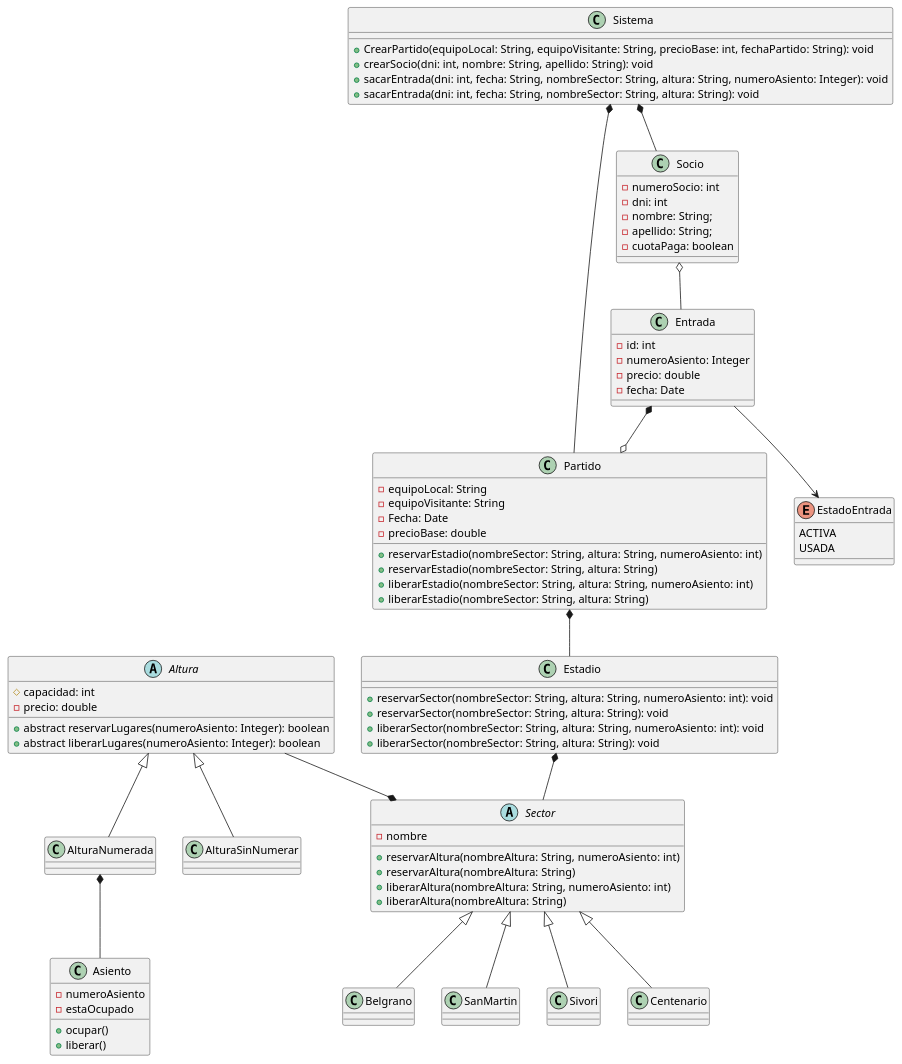
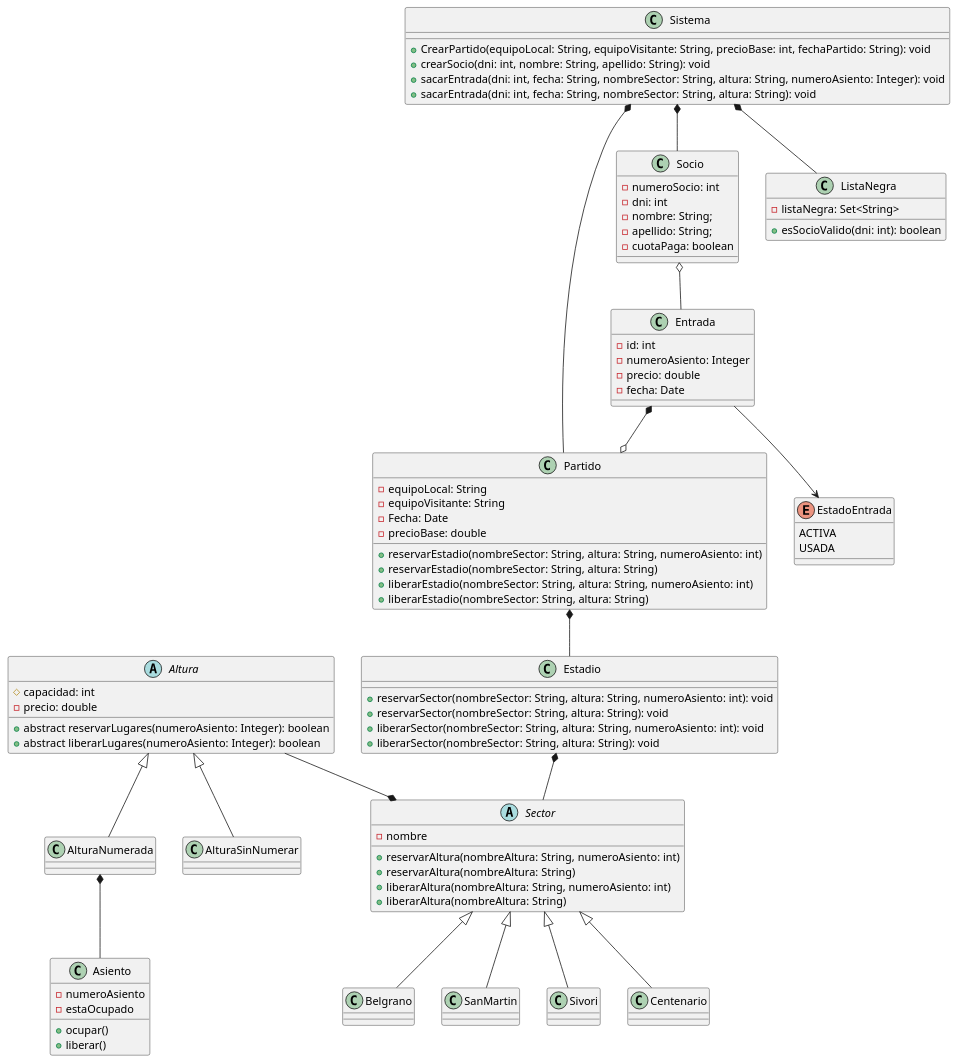
The diagram in src/main/resources/diagram.puml (SimonForteza/TPO_POO_2024), drawn with PlantUML before and after one commit. The commit also changed 3 other files, not shown here.

```diff
--- a/src/main/resources/diagram.puml
+++ b/src/main/resources/diagram.puml
@@ -1,104 +1,110 @@
 @startuml
 abstract class Altura{
     #capacidad: int
     -precio: double
     +abstract reservarLugares(numeroAsiento: Integer): boolean
     +abstract liberarLugares(numeroAsiento: Integer): boolean
 
 }
 
 class AlturaNumerada{}
 class AlturaSinNumerar{}
 
 class Asiento{
     -numeroAsiento
     -estaOcupado
     +ocupar()
     +liberar()
 }
 
 abstract class Sector{
     -nombre
     +reservarAltura(nombreAltura: String, numeroAsiento: int)
     +reservarAltura(nombreAltura: String)
     +liberarAltura(nombreAltura: String, numeroAsiento: int)
     +liberarAltura(nombreAltura: String)
 }
 
 class Belgrano{}
 class SanMartin{}
 class Sivori{}
 class Centenario{}
 
 class Estadio {
     +reservarSector(nombreSector: String, altura: String, numeroAsiento: int): void
     +reservarSector(nombreSector: String, altura: String): void
     +liberarSector(nombreSector: String, altura: String, numeroAsiento: int): void
     +liberarSector(nombreSector: String, altura: String): void
 }
 
 class Partido{
     -equipoLocal: String
     -equipoVisitante: String
     -Fecha: Date
     -precioBase: double
 
     +reservarEstadio(nombreSector: String, altura: String, numeroAsiento: int)
     +reservarEstadio(nombreSector: String, altura: String)
     +liberarEstadio(nombreSector: String, altura: String, numeroAsiento: int)
     +liberarEstadio(nombreSector: String, altura: String)
 }
 
 class Entrada{
     -id: int
     -numeroAsiento: Integer
     -precio: double
     -fecha: Date
 
 }
 
 enum EstadoEntrada {
     ACTIVA
     USADA
 }
 
 class Socio {
     - numeroSocio: int
     - dni: int
     - nombre: String;
     - apellido: String;
     - cuotaPaga: boolean
 }
 
+class ListaNegra {
+    -listaNegra: Set<String>
+    +esSocioValido(dni: int): boolean
+}
+
 class Sistema{
     +CrearPartido(equipoLocal: String, equipoVisitante: String, precioBase: int, fechaPartido: String): void
     +crearSocio(dni: int, nombre: String, apellido: String): void
     +sacarEntrada(dni: int, fecha: String, nombreSector: String, altura: String, numeroAsiento: Integer): void
     +sacarEntrada(dni: int, fecha: String, nombreSector: String, altura: String): void
 }
 
 
 Sistema *-- Partido
 Sistema *-- Socio
+Sistema *-- ListaNegra
 
 Socio o-- Entrada
 
 Altura <|-- AlturaNumerada
 Altura <|-- AlturaSinNumerar
 
 Altura --* Sector
 AlturaNumerada *-- Asiento
 
 Sector <|-- Belgrano
 Sector <|-- SanMartin
 Sector <|-- Sivori
 Sector <|-- Centenario
 
 Estadio *-- Sector
 
 Entrada *--o Partido
 Entrada --> EstadoEntrada
 
 Partido *-- Estadio
 
 @enduml
```
